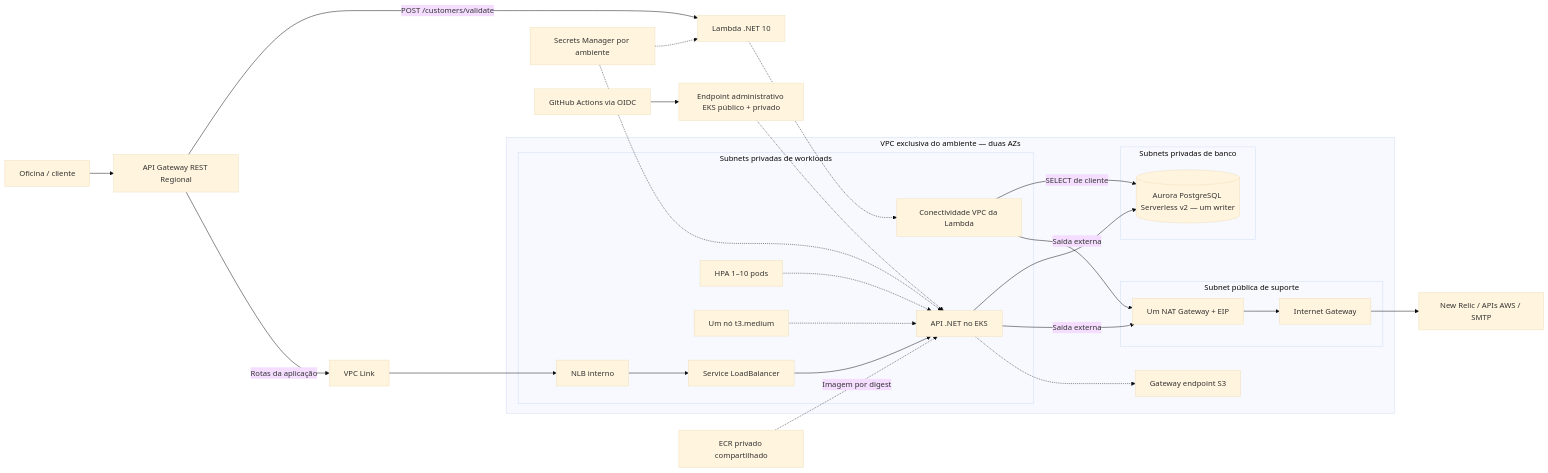
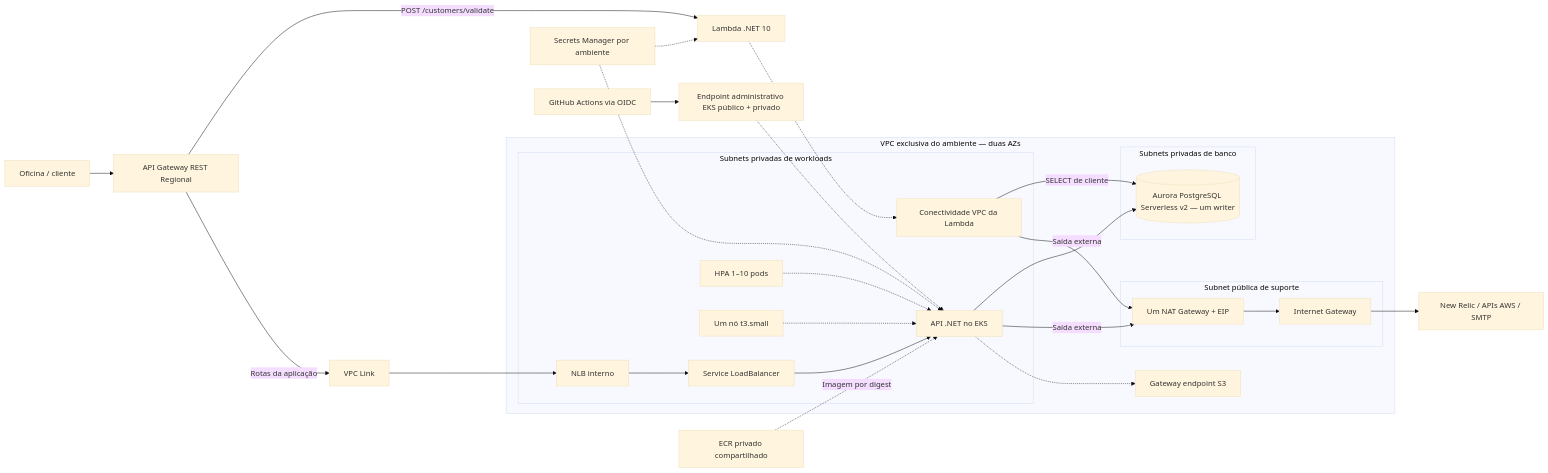
One commit to pknfelps/GerenciamentoMecanicaSistema changed the first of 2 diagrams in docs/arquitetura/diagramas/COMPONENTES.md. Above: the diagram before and after it, drawn with Mermaid (base theme). The commit also changed 6 other files, not shown here.

````diff
--- a/docs/arquitetura/diagramas/COMPONENTES.md
+++ b/docs/arquitetura/diagramas/COMPONENTES.md
@@ -7,35 +7,35 @@
 ```mermaid
 flowchart LR
     U["Oficina / cliente"] --> GW["API Gateway REST Regional"]
     GW -->|"POST /customers/validate"| FN["Lambda .NET 10"]
     GW -->|"Rotas da aplicação"| VL["VPC Link"]
     subgraph VPC["VPC exclusiva do ambiente — duas AZs"]
         subgraph PRIV["Subnets privadas de workloads"]
             NLB["NLB interno"] --> SVC["Service LoadBalancer"]
             SVC --> API["API .NET no EKS"]
             HPA["HPA 1–10 pods"] -.-> API
-            NODE["Um nó t3.medium"] -.-> API
+            NODE["Um nó t3.small"] -.-> API
             LNET["Conectividade VPC da Lambda"]
         end
         subgraph DATA["Subnets privadas de banco"]
             DB[("Aurora PostgreSQL Serverless v2 — um writer")]
         end
         subgraph PUB["Subnet pública de suporte"]
             NAT["Um NAT Gateway + EIP"] --> IGW["Internet Gateway"]
         end
         API --> DB
         LNET -->|"SELECT de cliente"| DB
         API -->|"Saída externa"| NAT
         LNET -->|"Saída externa"| NAT
         S3EP["Gateway endpoint S3"]
         API -.-> S3EP
     end
     VL --> NLB
     FN -.-> LNET
     IGW --> EXT["New Relic / APIs AWS / SMTP"]
     SM["Secrets Manager por ambiente"] -.-> API
     SM -.-> FN
     GH["GitHub Actions via OIDC"] --> CTRL["Endpoint administrativo EKS público + privado"]
     CTRL -.-> API
     ECR["ECR privado compartilhado"] -.->|"Imagem por digest"| API
 ```
````
